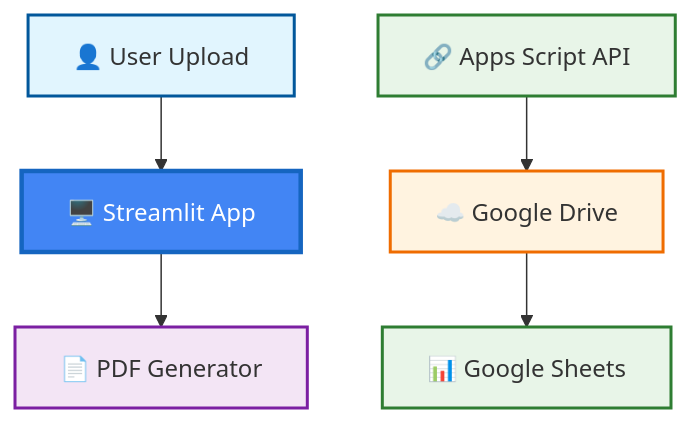
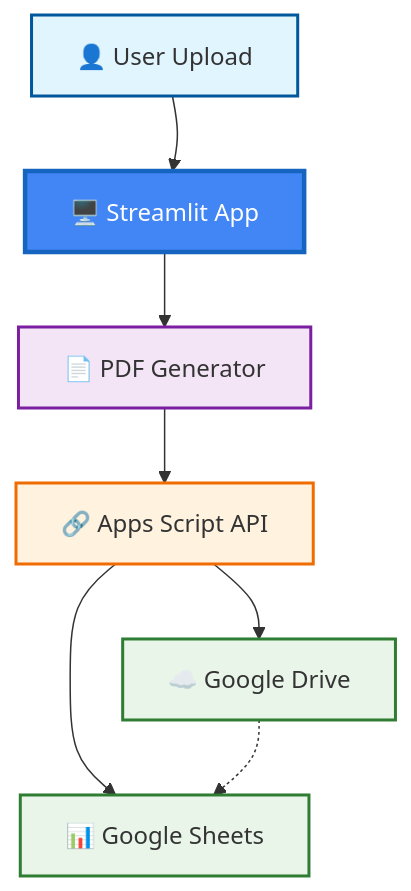
One commit to Felipe-Aranda-INV/Google-Chiron.SxS_PDF_Generator changed the first of 2 diagrams in README.md. Above: the diagram before and after it, drawn with Mermaid.

````diff
--- a/README.md
+++ b/README.md
@@ -11,13 +11,17 @@
 ```mermaid
 graph TD
-    A[👤 User Upload] --> B[🖥️ Streamlit App]
+    A[👤 User Upload] ~~~ B[🖥️ Streamlit App]
+    A --> B
     B --> C[📄 PDF Generator]
-    D[🔗 Apps Script API] --> E[☁️ Google Drive] --> F[📊 Google Sheets]
+    C --> E[🔗 Apps Script API]
+    E --> D[☁️ Google Drive]
+    E --> F[📊 Google Sheets]
+    D -.-> F
     
     style A fill:#e1f5fe,stroke:#01579b,stroke-width:2px
     style B fill:#4285f4,color:#fff,stroke:#1565c0,stroke-width:3px
     style C fill:#f3e5f5,stroke:#7b1fa2,stroke-width:2px
     style D fill:#e8f5e8,stroke:#2e7d32,stroke-width:2px
     style E fill:#fff3e0,stroke:#ef6c00,stroke-width:2px
     style F fill:#e8f5e8,stroke:#2e7d32,stroke-width:2px
 ```
````
